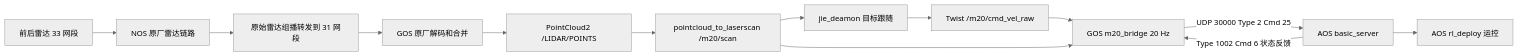
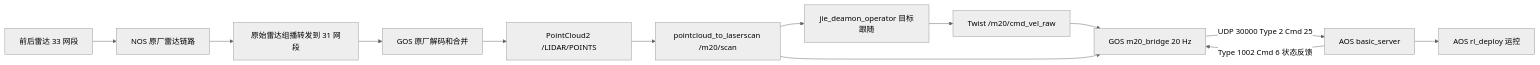
One commit to bernardleex526/deamon2 changed the diagram in src/jie_deamon_operator/docs/M20_ADAPTATION.md. Above: the diagram before and after it, drawn with Mermaid (neutral theme). The commit also changed other lines of this file and 20 other files, not shown here.

First line of the commit message:
Merge deamon operator gateway as jie_deamon_operator; share M20 framing via m20_protocol

````diff
--- a/src/jie_deamon_operator/docs/M20_ADAPTATION.md
+++ b/src/jie_deamon_operator/docs/M20_ADAPTATION.md
@@ -67,15 +67,15 @@
 ```mermaid
 flowchart LR
   F[前后雷达 33 网段] --> N[NOS 原厂雷达链路]
   N --> R[原始雷达组播转发到 31 网段]
   R --> D[GOS 原厂解码和合并]
   D --> P[PointCloud2 /LIDAR/POINTS]
   P --> S[pointcloud_to_laserscan /m20/scan]
-  S --> J[jie_deamon 目标跟随]
+  S --> J[jie_deamon_operator 目标跟随]
   J --> V[Twist /m20/cmd_vel_raw]
   V --> B[GOS m20_bridge 20 Hz]
   S --> B
   B -->|UDP 30000 Type 2 Cmd 25| A[AOS basic_server]
   A --> L[AOS rl_deploy 运控]
   A -->|Type 1002 Cmd 6 状态反馈| B
 ```
````
